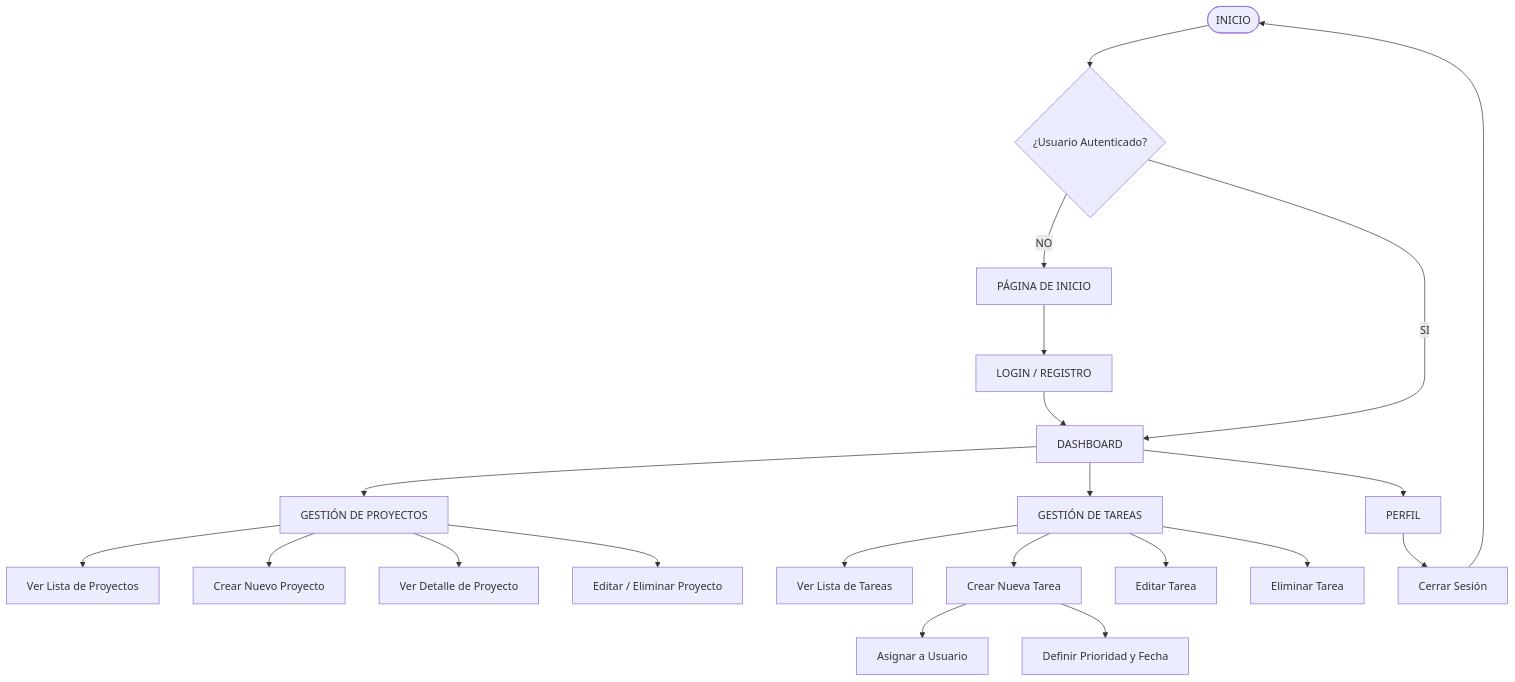
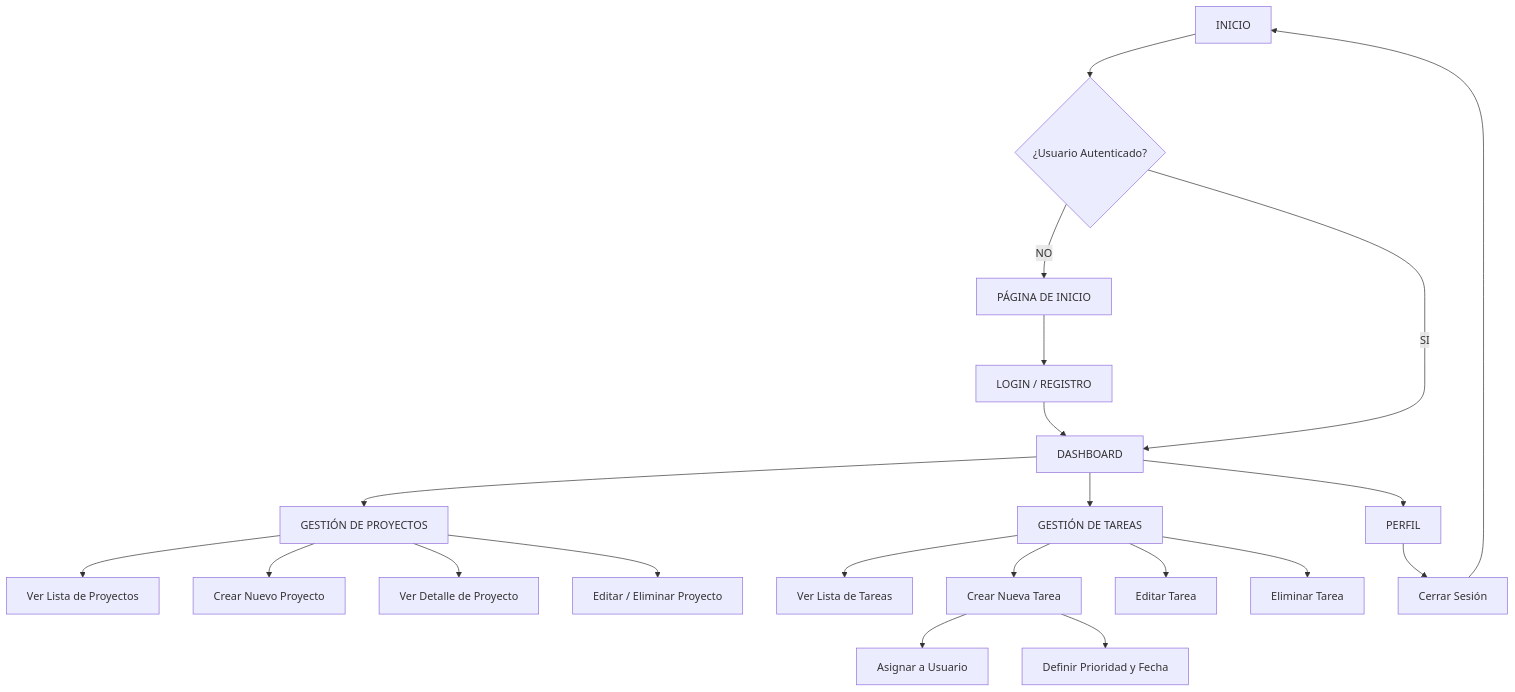
Before and after one commit to Magr1990/ABP-6: the diagram in diagrama_flujo.mmd, drawn with Mermaid. The commit also changed 6 other files, not shown here.

```diff
--- a/diagrama_flujo.mmd
+++ b/diagrama_flujo.mmd
@@ -1,26 +1,24 @@
-flowchart TD
-    Start([INICIO]) --> Auth{¿Usuario Autenticado?}
-    
+graph TD
+    Start[INICIO] --> Auth{¿Usuario Autenticado?}
     Auth -- NO --> Home[PÁGINA DE INICIO]
     Home --> Login[LOGIN / REGISTRO]
     Login --> Dashboard[DASHBOARD]
-    
     Auth -- SI --> Dashboard
-    
+
     Dashboard --> Projects[GESTIÓN DE PROYECTOS]
-    Projects --> P_List[Ver Lista de Proyectos]
-    Projects --> P_Create[Crear Nuevo Proyecto]
-    Projects --> P_Detail[Ver Detalle de Proyecto]
-    Projects --> P_Edit[Editar / Eliminar Proyecto]
-    
+    Projects --> PList[Ver Lista de Proyectos]
+    Projects --> PCreate[Crear Nuevo Proyecto]
+    Projects --> PDetail[Ver Detalle de Proyecto]
+    Projects --> PEdit[Editar / Eliminar Proyecto]
+
     Dashboard --> Tasks[GESTIÓN DE TAREAS]
-    Tasks --> T_List[Ver Lista de Tareas]
-    Tasks --> T_Create[Crear Nueva Tarea]
-    T_Create --> T_Assign[Asignar a Usuario]
-    T_Create --> T_Priority[Definir Prioridad y Fecha]
-    Tasks --> T_Edit[Editar Tarea]
-    Tasks --> T_Delete[Eliminar Tarea]
-    
+    Tasks --> TList[Ver Lista de Tareas]
+    Tasks --> TCreate[Crear Nueva Tarea]
+    TCreate --> TAssign[Asignar a Usuario]
+    TCreate --> TDefine[Definir Prioridad y Fecha]
+    Tasks --> TEdit[Editar Tarea]
+    Tasks --> TDelete[Eliminar Tarea]
+
     Dashboard --> Profile[PERFIL]
     Profile --> Logout[Cerrar Sesión]
     Logout --> Start
```
